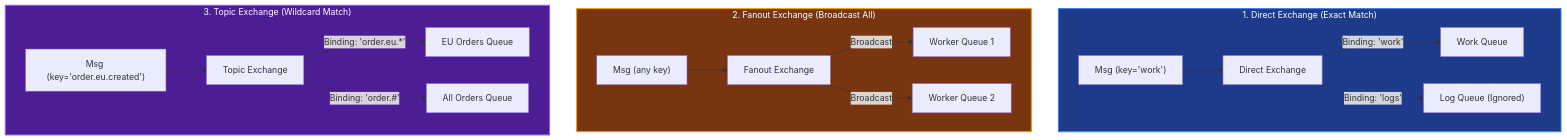
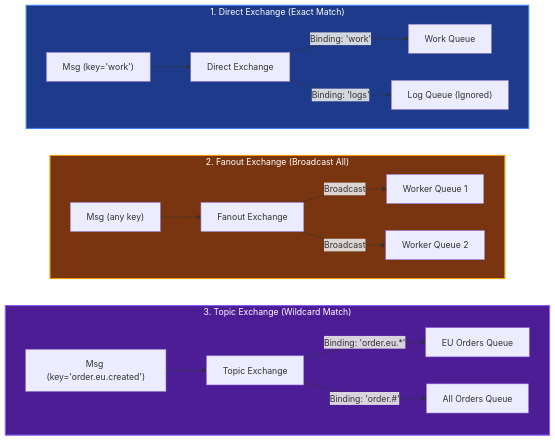
One commit to yodh4/ubiquitous-parakeet changed the second of 4 diagrams in docs/milestone-3/01-message-broker-fundamentals.md. Above: the diagram before and after it, drawn with Mermaid. The commit also changed 5 other files, not shown here.

````diff
--- a/docs/milestone-3/01-message-broker-fundamentals.md
+++ b/docs/milestone-3/01-message-broker-fundamentals.md
@@ -47,28 +47,30 @@
 ```mermaid
 flowchart TD
     subgraph DirectEx ["1. Direct Exchange (Exact Match)"]
         direction LR
         D_Msg["Msg (key='work')"] --> D_Ex["Direct Exchange"]
         D_Ex -->|"Binding: 'work'"| D_Q1["Work Queue"]
         D_Ex -.->|"Binding: 'logs'"| D_Q2["Log Queue (Ignored)"]
     end
 
     subgraph FanoutEx ["2. Fanout Exchange (Broadcast All)"]
         direction LR
         F_Msg["Msg (any key)"] --> F_Ex["Fanout Exchange"]
         F_Ex -->|"Broadcast"| F_Q1["Worker Queue 1"]
         F_Ex -->|"Broadcast"| F_Q2["Worker Queue 2"]
     end
 
     subgraph TopicEx ["3. Topic Exchange (Wildcard Match)"]
         direction LR
         T_Msg["Msg (key='order.eu.created')"] --> T_Ex["Topic Exchange"]
         T_Ex -->|"Binding: 'order.eu.*'"| T_Q1["EU Orders Queue"]
         T_Ex -->|"Binding: 'order.#'"| T_Q2["All Orders Queue"]
     end
 
+    DirectEx ~~~ FanoutEx ~~~ TopicEx
+
     %% High-Contrast Subgraph Styling
     style DirectEx fill:#1e3a8a,stroke:#3b82f6,stroke-width:2px,color:#ffffff
     style FanoutEx fill:#78350f,stroke:#f59e0b,stroke-width:2px,color:#ffffff
     style TopicEx fill:#4c1d95,stroke:#8b5cf6,stroke-width:2px,color:#ffffff
 ```
````
